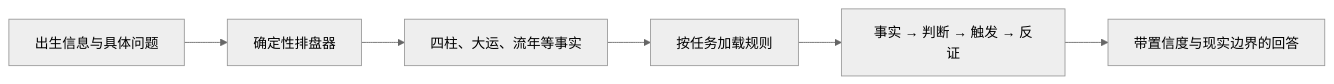
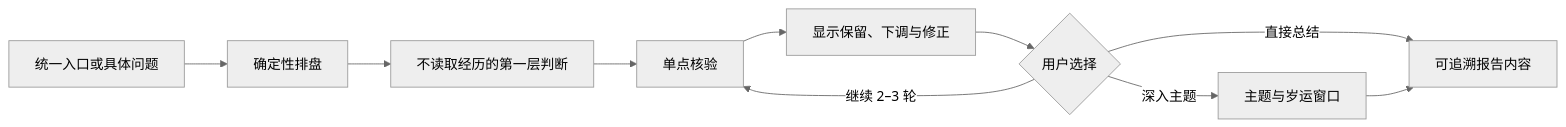
The diagram in README.md (guojiahh/afei-destiny-skill), drawn with Mermaid (neutral theme) before and after one commit. The commit also changed other lines of this file and 28 other files, not shown here.

````diff
--- a/README.md
+++ b/README.md
@@ -82,8 +88,12 @@
 ```mermaid
 flowchart LR
-    A["出生信息与具体问题"] --> B["确定性排盘器"]
-    B --> C["四柱、大运、流年等事实"]
-    C --> D["按任务加载规则"]
-    D --> E["事实 → 判断 → 触发 → 反证"]
-    E --> F["带置信度与现实边界的回答"]
+    A["统一入口或具体问题"] --> B["确定性排盘"]
+    B --> C["不读取经历的第一层判断"]
+    C --> D["单点核验"]
+    D --> E["显示保留、下调与修正"]
+    E --> F{"用户选择"}
+    F -->|"继续 2–3 轮"| D
+    F -->|"深入主题"| G["主题与岁运窗口"]
+    F -->|"直接总结"| H["可追溯报告内容"]
+    G --> H
 ```
````
